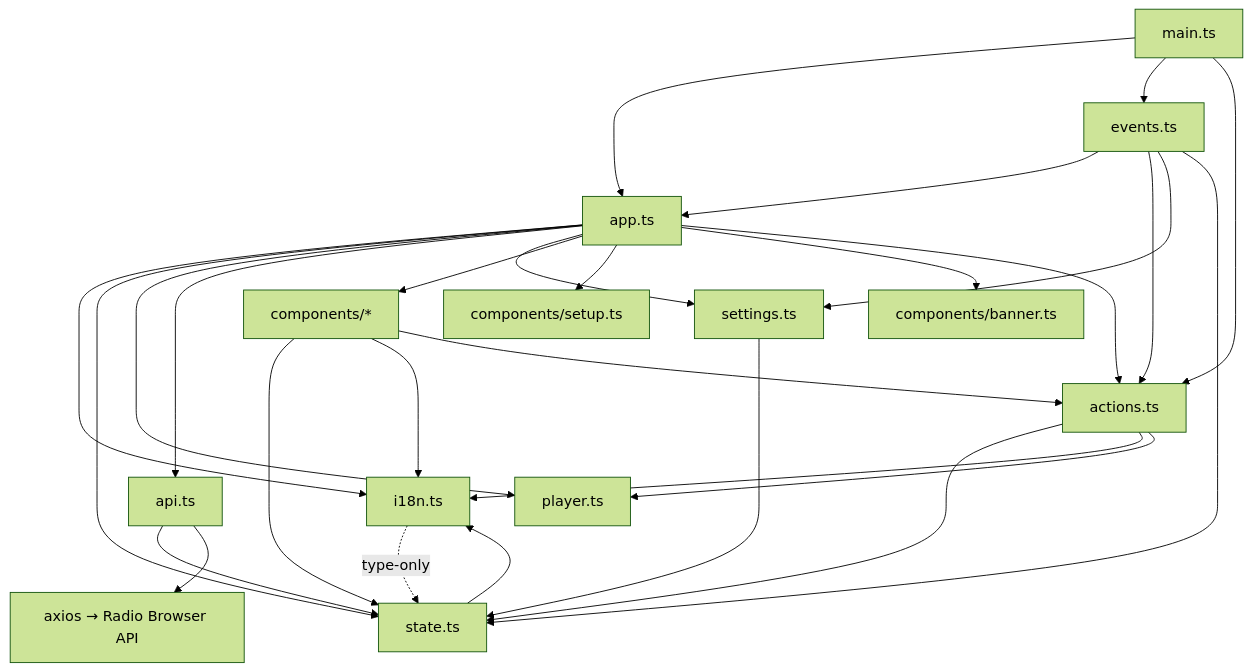
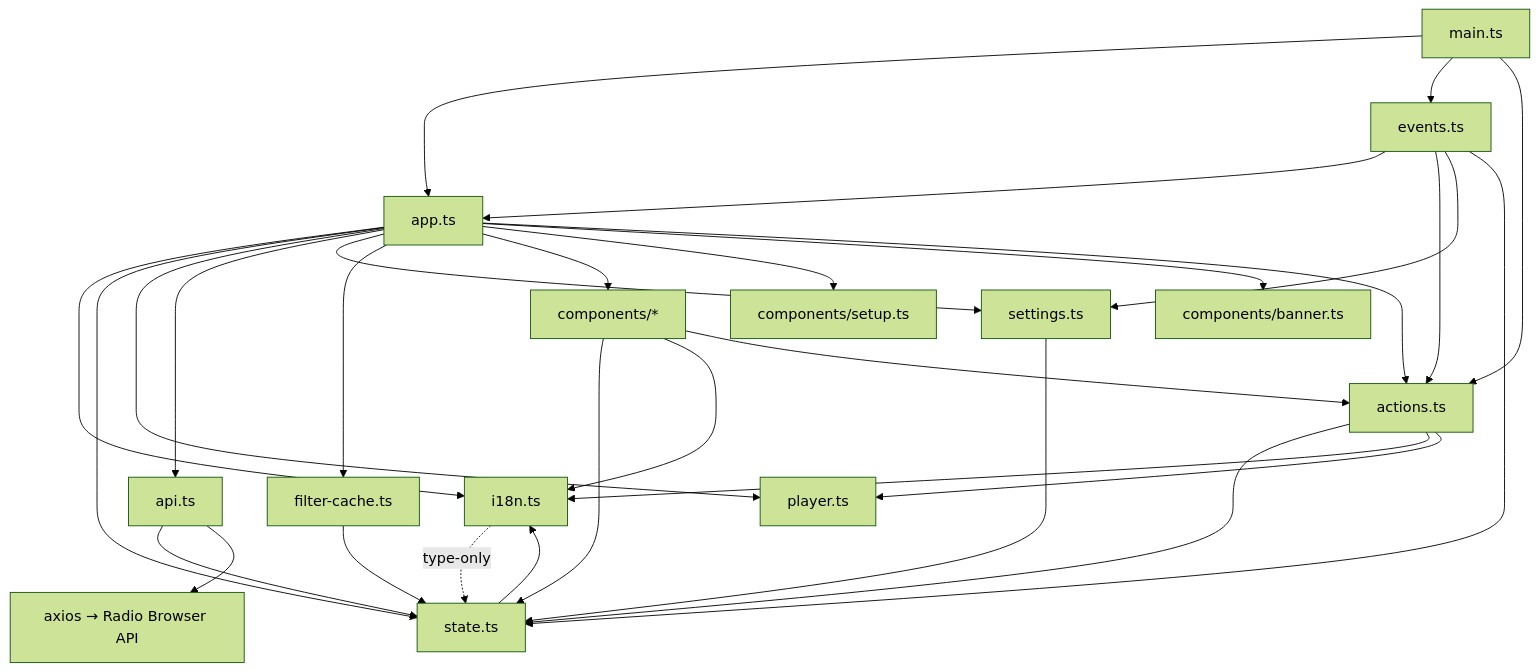
The diagram in ARCHITECTURE.md (Makatumba/after-touch-radio-browser), drawn with Mermaid (forest theme) before and after one commit. The commit also changed other lines of this file and 2 other files, not shown here.

Commit message:
feat: cache language/country filter options with offline fallback

````diff
--- a/ARCHITECTURE.md
+++ b/ARCHITECTURE.md
@@ -71,30 +73,32 @@
 ```mermaid
 graph TD
     MAIN[main.ts] --> APP[app.ts]
     MAIN --> EVT[events.ts]
     MAIN --> ACT[actions.ts]
     APP --> I18N[i18n.ts]
     APP --> ST[state.ts]
     APP --> PL[player.ts]
     APP --> API[api.ts]
     APP --> SET[settings.ts]
+    APP --> FCACHE[filter-cache.ts]
     APP --> COMP[components/*]
     APP --> SETUP[components/setup.ts]
     APP --> BANNER[components/banner.ts]
     APP --> ACT
     EVT --> APP
     EVT --> ACT
     EVT --> SET
     EVT --> ST
     ACT --> ST
     ACT --> I18N
     ACT --> PL
     API --> ST
     API --> AXIOS[axios → Radio Browser API]
     SET --> ST
+    FCACHE --> ST
     ST --> I18N
     I18N -.-> |type-only| ST
     COMP --> ST
     COMP --> I18N
     COMP --> ACT
 ```
````
